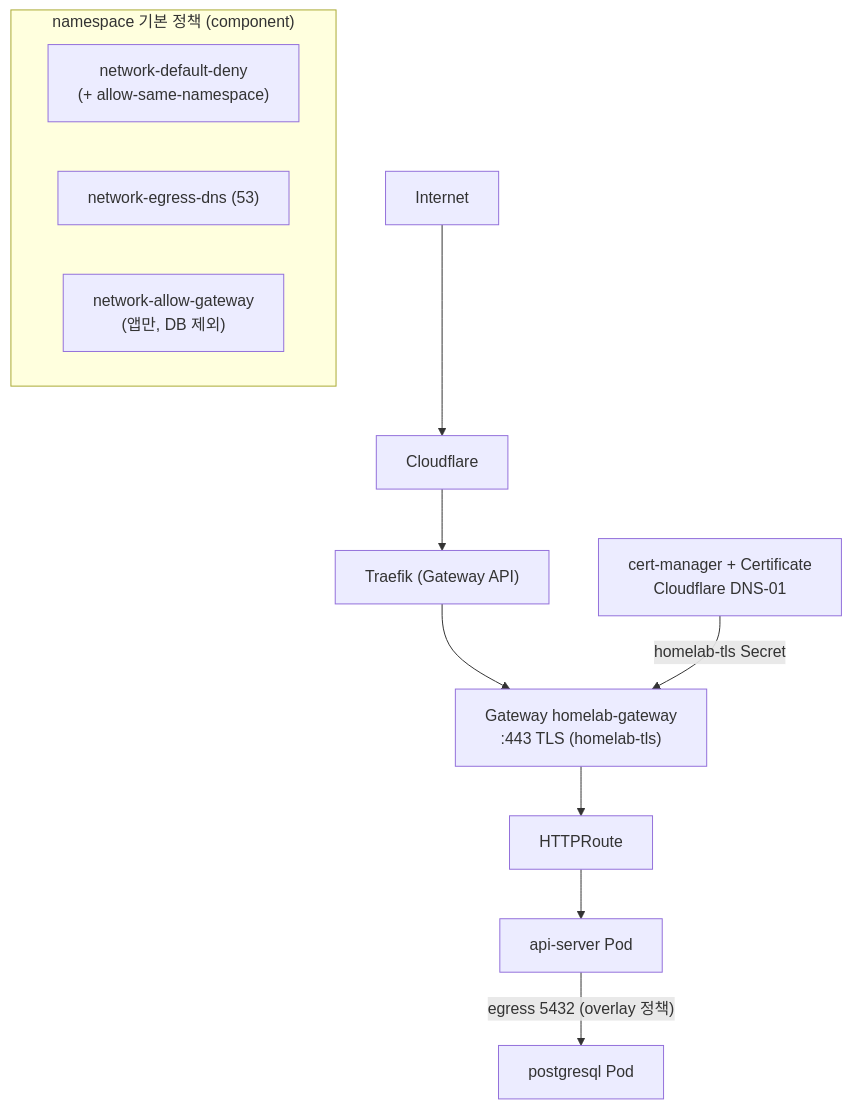
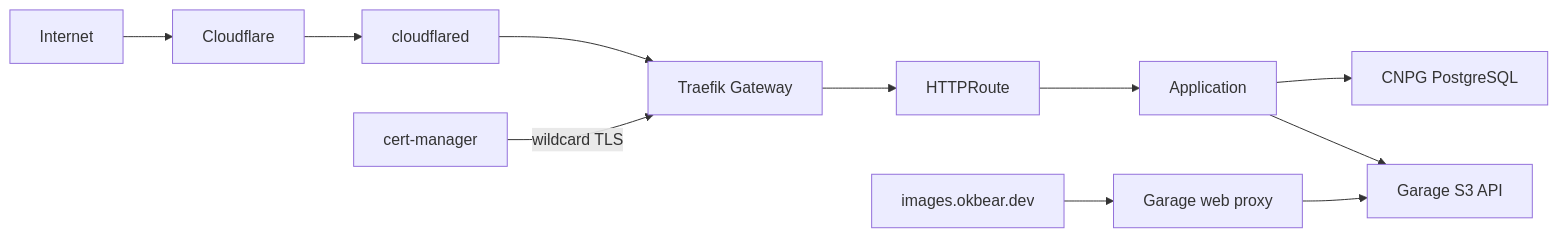
Before and after one commit to hweyoung/homelab: the third of 4 diagrams in docs/gitops-architecture.md, drawn with Mermaid. The commit also changed other lines of this file and 10 other files, not shown here.

````diff
--- a/docs/gitops-architecture.md
+++ b/docs/gitops-architecture.md
@@ -200,14 +84,9 @@
 ```mermaid
-flowchart TD
-    Net["Internet"] --> CF["Cloudflare"] --> TR["Traefik (Gateway API)"]
-    TR --> GW["Gateway homelab-gateway<br/>:443 TLS (homelab-tls)"]
-    CM["cert-manager + Certificate<br/>Cloudflare DNS-01"] -->|homelab-tls Secret| GW
-    GW --> HR["HTTPRoute"] --> APPPOD["api-server Pod"]
-    APPPOD -->|"egress 5432 (overlay 정책)"| DBPOD["postgresql Pod"]
-
-    subgraph np["namespace 기본 정책 (component)"]
-        DENY["network-default-deny<br/>(+ allow-same-namespace)"]
-        DNS["network-egress-dns (53)"]
-        GWN["network-allow-gateway<br/>(앱만, DB 제외)"]
-    end
+flowchart LR
+    NET["Internet"] --> CF["Cloudflare"] --> TUN["cloudflared"]
+    TUN --> GW["Traefik Gateway"] --> ROUTE["HTTPRoute"] --> APP["Application"]
+    CM["cert-manager"] -->|"wildcard TLS"| GW
+    APP --> PG["CNPG PostgreSQL"]
+    APP --> GARAGE["Garage S3 API"]
+    IMG["images.okbear.dev"] --> PROXY["Garage web proxy"] --> GARAGE
 ```
````
